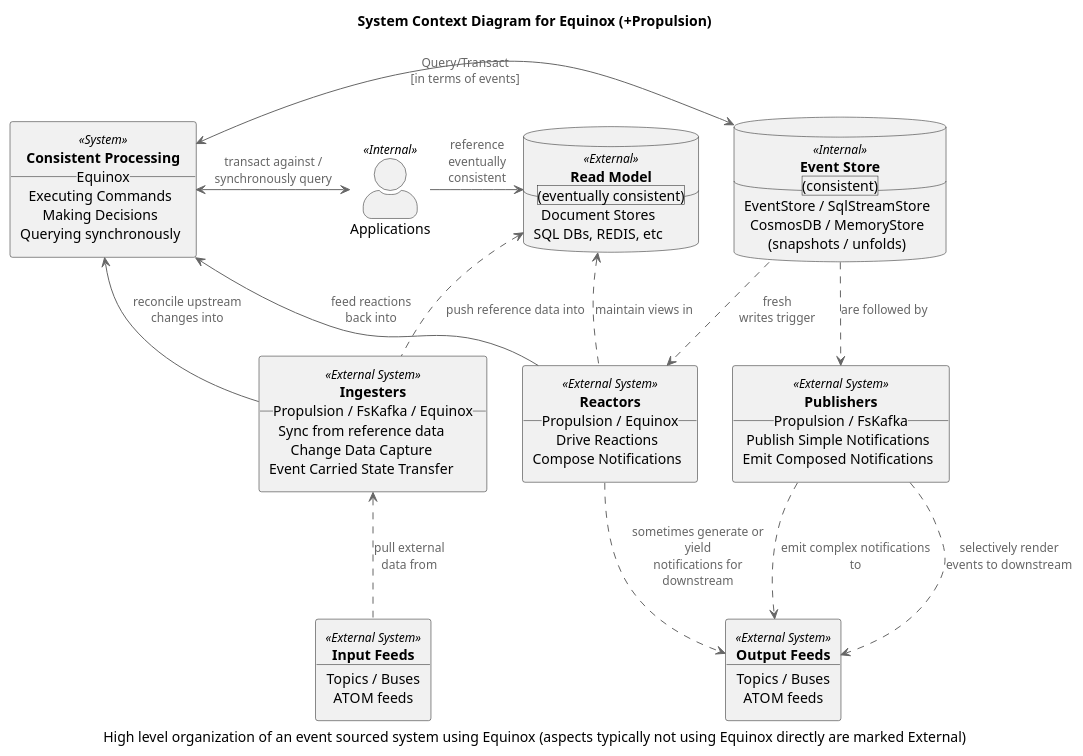
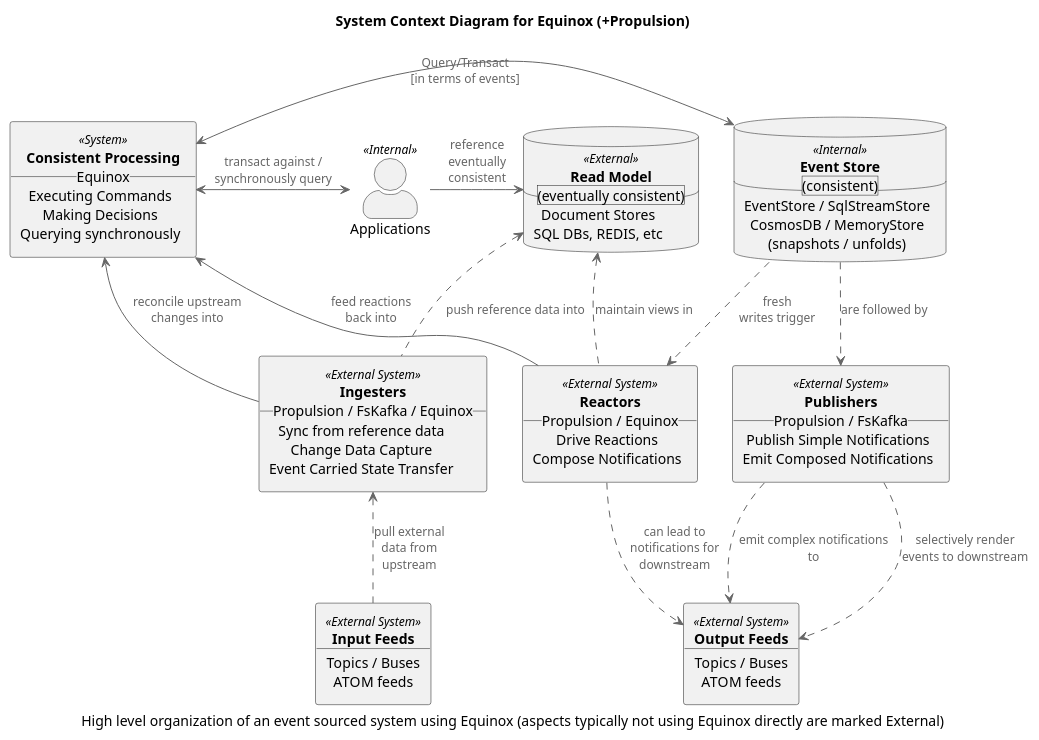
Before and after one commit to jet/equinox: the diagram in diagrams/context.puml, drawn with PlantUML.

Commit message:
More label fixs

```diff
--- a/diagrams/context.puml
+++ b/diagrams/context.puml
@@ -1,89 +1,89 @@
     @startuml
 !includeurl https://raw.githubusercontent.com/skleanthous/C4-PlantumlSkin/master/build/output/c4.puml
 
 title System Context Diagram for Equinox (+Propulsion)
 caption High level organization of an event sourced system using Equinox (aspects typically not using Equinox directly are marked External)
 
 actor "Applications" <<Internal>> as apps
 
 rectangle services <<System>> [
     **Consistent Processing**
     __Equinox__
     Executing Commands
     Making Decisions
     Querying synchronously
 ]
 
 database stores <<Internal>> [
     **Event Store**
     __(consistent)__
     EventStore / SqlStreamStore
     CosmosDB / MemoryStore
     (snapshots / unfolds)
 ]
 
 database caches <<External>> [
     **Read Model**
     __(eventually consistent)__
     Document Stores 
     SQL DBs, REDIS, etc
 ]
 
 together {
     rectangle ingesters <<External System>> [
         **Ingesters**
         __Propulsion / FsKafka / Equinox__
         Sync from reference data
         Change Data Capture
         Event Carried State Transfer
     ]
     rectangle reactors <<External System>> [
         **Reactors**
         __Propulsion / Equinox__
         Drive Reactions
         Compose Notifications
     ]
     rectangle publishers <<External System>> [
         **Publishers**
         __Propulsion / FsKafka__
         Publish Simple Notifications
         Emit Composed Notifications
     ]
 }
 
 rectangle inputs <<External System>> [
     **Input Feeds**
     ____
     Topics / Buses
     ATOM feeds 
 ]
 
 rectangle outputs <<External System>> [
     **Output Feeds**
     ____
     Topics / Buses
     ATOM feeds
 ]
 
 apps          -> caches     : reference\neventually\nconsistent
 apps       <-L-> services   : transact against /\nsynchronously query
 
 services   <-R-> stores     : Query/Transact\n[in terms of events]
 
 stores       ..> publishers : are followed by
 stores       ..> reactors   : fresh\nwrites trigger
 
-ingesters  <..   inputs     : pull external\ndata from
+ingesters  <..   inputs     : pull external\ndata from\nupstream
 ingesters    --> services   : reconcile upstream\nchanges into
 ingesters   .U.> caches     : push reference data into
 
 reactors     --> services   : feed reactions\nback into
-reactors     ..> outputs    : sometimes generate or yield\nnotifications for\ndownstream
+reactors     ..> outputs    : can lead to\nnotifications for\ndownstream
 reactors    .U.> caches     : maintain views in
 
 publishers   ..> outputs    : emit complex notifications to
 publishers   ..> outputs    : selectively render\nevents to downstream
 
 ingesters  -[hidden]R-> reactors
 
 @enduml
```
